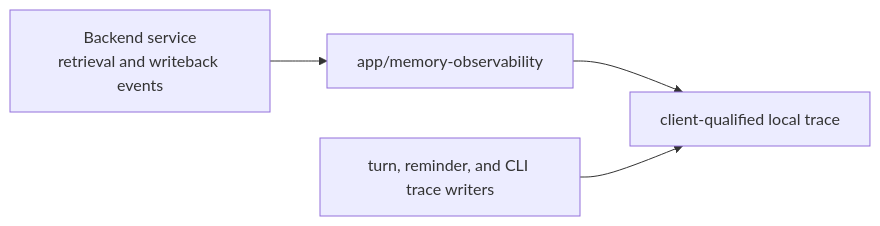
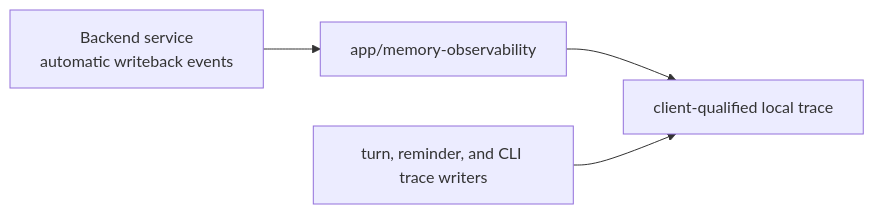
One commit to SimonEskildse/memorax-code changed the sixth of 7 diagrams in ARCHITECTURE.md. Above: the diagram before and after it, drawn with Mermaid. The commit also changed other lines of this file and 72 other files, not shown here.

````diff
--- a/ARCHITECTURE.md
+++ b/ARCHITECTURE.md
@@ -1160,11 +1153,11 @@
 ```mermaid
 flowchart LR
-  Events["Backend service<br/>retrieval and writeback events"]
+  Events["Backend service<br/>automatic writeback events"]
   Fanout["app/memory-observability"]
   LocalWriters["turn, reminder, and CLI trace writers"]
   Trace["client-qualified local trace"]
 
   Events --> Fanout
   Fanout --> Trace
   LocalWriters --> Trace
 ```
````
